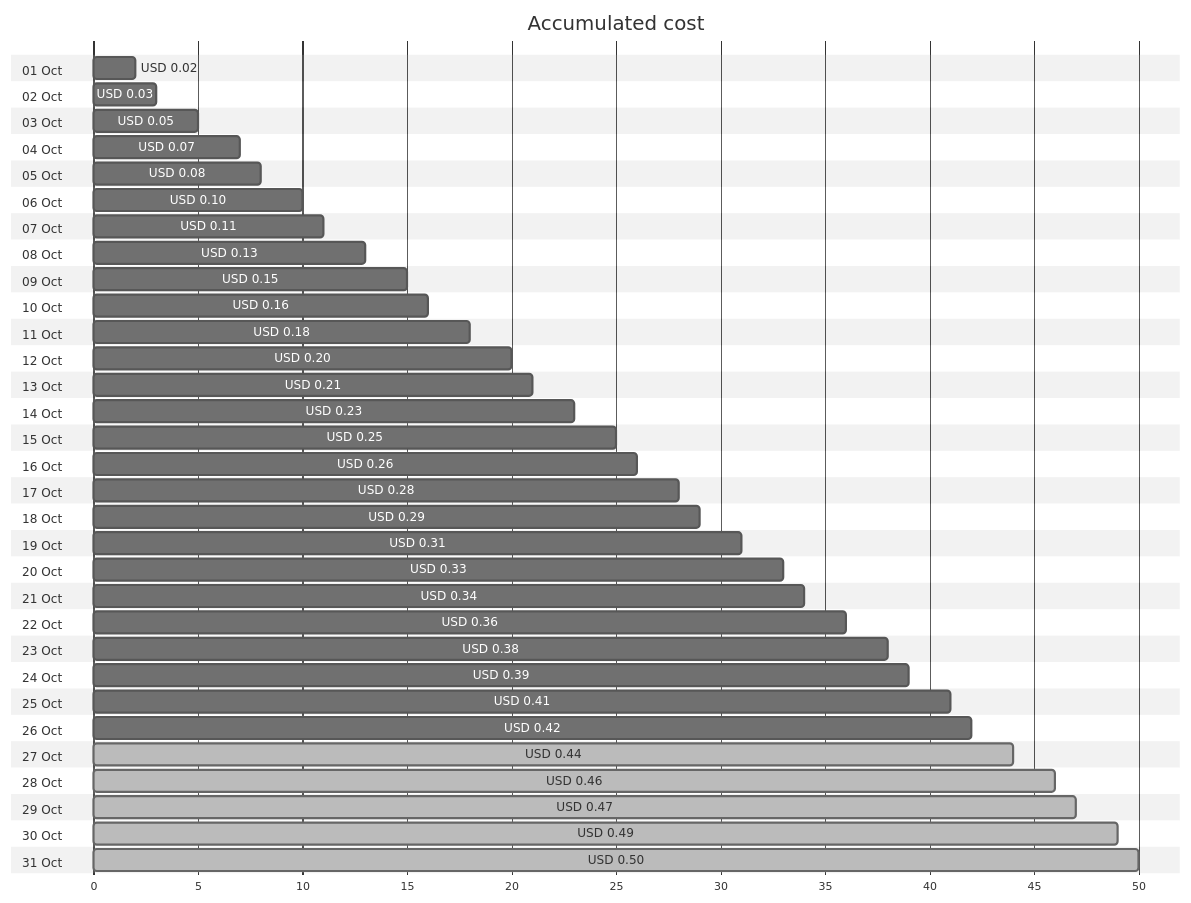
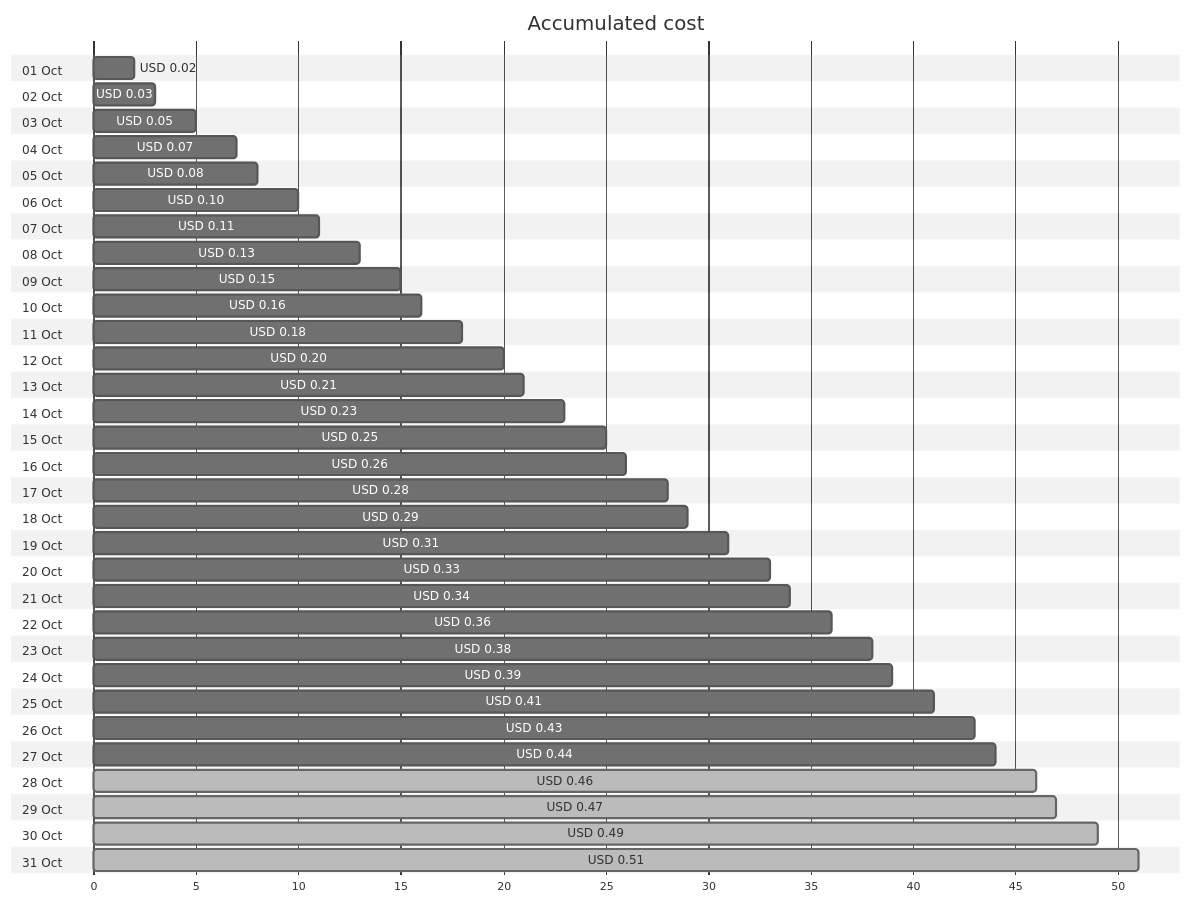
The first of 4 diagrams in cost-reports/personal-dns/jpatrickfulton.com.md (jpfulton/azure-personal-reports), drawn with Mermaid (neutral theme) before and after one commit. The commit also changed other lines of this file and 2 other files, not shown here.

````diff
--- a/cost-reports/personal-dns/jpatrickfulton.com.md
+++ b/cost-reports/personal-dns/jpatrickfulton.com.md
@@ -20,68 +20,68 @@
 ```mermaid
 gantt
    title Accumulated cost
    dateFormat  X
    axisFormat %s
    section 01 Oct
    USD 0.02 :0, 2
    section 02 Oct
    USD 0.03 :0, 3
    section 03 Oct
    USD 0.05 :0, 5
    section 04 Oct
    USD 0.07 :0, 7
    section 05 Oct
    USD 0.08 :0, 8
    section 06 Oct
    USD 0.10 :0, 10
    section 07 Oct
    USD 0.11 :0, 11
    section 08 Oct
    USD 0.13 :0, 13
    section 09 Oct
    USD 0.15 :0, 15
    section 10 Oct
    USD 0.16 :0, 16
    section 11 Oct
    USD 0.18 :0, 18
    section 12 Oct
    USD 0.20 :0, 20
    section 13 Oct
    USD 0.21 :0, 21
    section 14 Oct
    USD 0.23 :0, 23
    section 15 Oct
    USD 0.25 :0, 25
    section 16 Oct
    USD 0.26 :0, 26
    section 17 Oct
    USD 0.28 :0, 28
    section 18 Oct
    USD 0.29 :0, 29
    section 19 Oct
    USD 0.31 :0, 31
    section 20 Oct
    USD 0.33 :0, 33
    section 21 Oct
    USD 0.34 :0, 34
    section 22 Oct
    USD 0.36 :0, 36
    section 23 Oct
    USD 0.38 :0, 38
    section 24 Oct
    USD 0.39 :0, 39
    section 25 Oct
    USD 0.41 :0, 41
    section 26 Oct
-   USD 0.42 :0, 42
+   USD 0.43 :0, 43
    section 27 Oct
-   USD 0.44 : done, 0, 44
+   USD 0.44 :0, 44
    section 28 Oct
    USD 0.46 : done, 0, 46
    section 29 Oct
    USD 0.47 : done, 0, 47
    section 30 Oct
    USD 0.49 : done, 0, 49
    section 31 Oct
-   USD 0.50 : done, 0, 50
+   USD 0.51 : done, 0, 51
 ```
````
